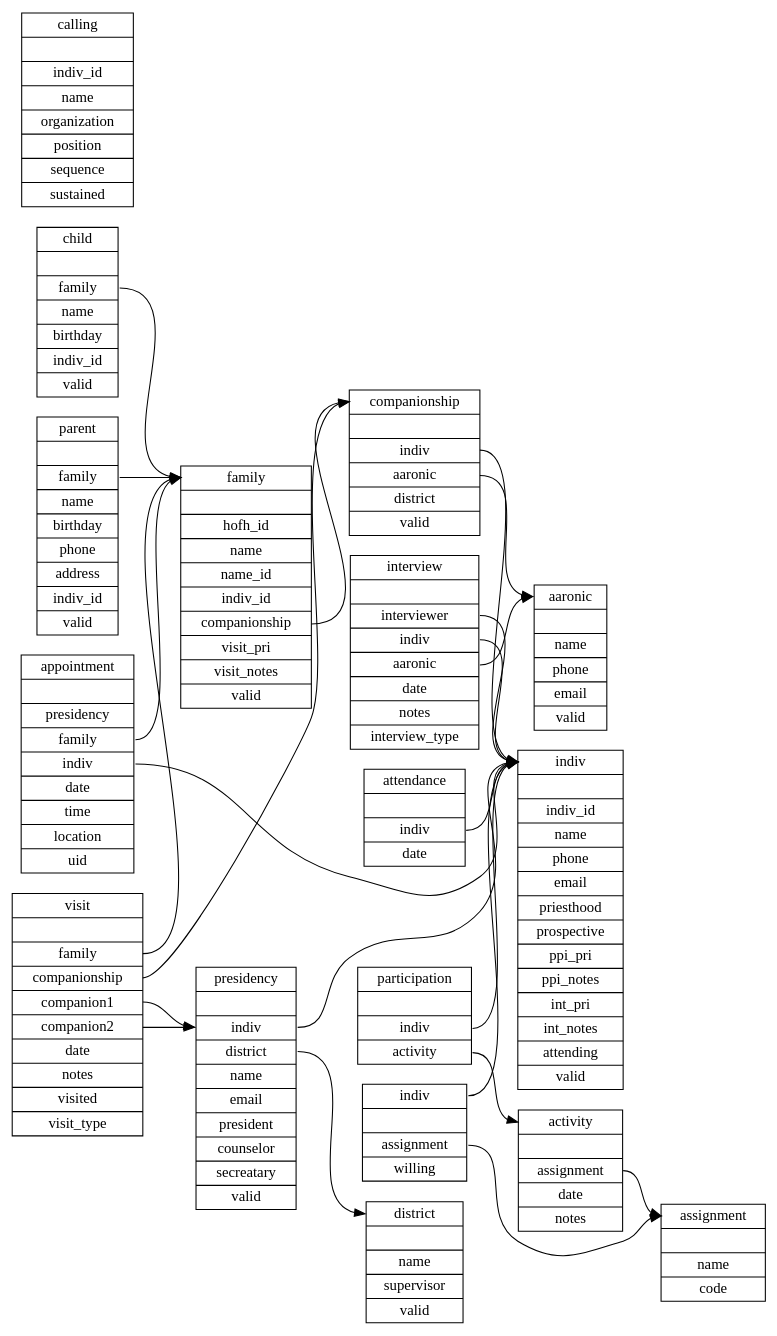
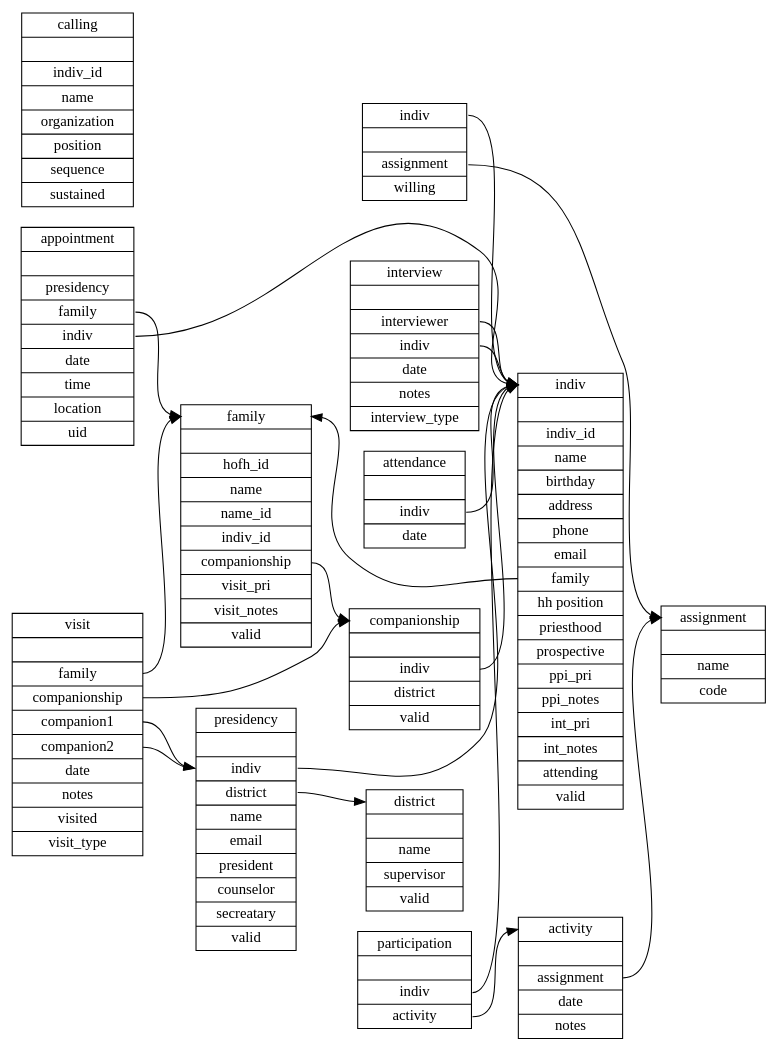
The diagram in sql/schema.dot (apippin/tc), drawn with Graphviz before and after one commit. The commit also changed 7 other files, not shown here.

Commit message:
removed tc_parent, tc_child, and tc_aaronic tables, moved required info into tc_indiv and linked tc_indiv to tc_family

```diff
--- a/sql/schema.dot
+++ b/sql/schema.dot
@@ -1,105 +1,90 @@
 digraph schema {
   graph [
     rankdir = "LR"
   ];
   family   [
     label = "<f> family||<i> hofh_id|<n> name|<ni> name_id|<i> indiv_id|<c> companionship|<vp> visit_pri|<vn> visit_notes|<v> valid"
     shape = "record"
   ];
   indiv   [
-    label = "<i> indiv||<id> indiv_id|<n> name|<p> phone|<em> email|<po> priesthood|<pr> prospective|<pp> ppi_pri|<t> ppi_notes|<ip> int_pri|<in> int_notes|<a> attending|<v> valid"
+    label = "<i> indiv||<id> indiv_id|<n> name|<b> birthday|<a> address|<p> phone|<em> email|<f> family|<hh> hh position|<po> priesthood|<pr> prospective|<pp> ppi_pri|<t> ppi_notes|<ip> int_pri|<in> int_notes|<a> attending|<v> valid"
     shape = "record"
   ];
   companionship   [
-    label = "<c> companionship||<i> indiv|<a> aaronic|<d> district|<v> valid"
+    label = "<c> companionship||<i> indiv|<d> district|<v> valid"
     shape = "record"
   ];
   visit   [
     label = "<v> visit||<f> family|<c> companionship|<c1> companion1|<c2> companion2|<t> date|<n> notes|<v> visited|<vt> visit_type"
     shape = "record"
   ];
   interview   [
-    label = "<in> interview||<i> interviewer|<il> indiv|<a> aaronic|<t> date|<n> notes|<it> interview_type"
+    label = "<in> interview||<i> interviewer|<il> indiv|<t> date|<n> notes|<it> interview_type"
     shape = "record"
   ];
   activity   [
     label = "<a> activity||<s> assignment|<t> date|<n> notes"
     shape = "record"
   ];
   participation   [
     label = "participation||<i> indiv|<a> activity"
     shape = "record"
   ];
   attendance   [
     label = "attendance||<i> indiv|<d> date"
-    shape = "record"
-  ];
-  child	[
-    label = "<c> child||<f> family|<n> name|<b> birthday|<i> indiv_id|<v> valid"
-    shape = "record"
-  ]; 
-  parent	[
-    label = "<p> parent||<f> family|<n> name|<b> birthday|<p> phone|<a> address|<i>indiv_id|<v> valid"
-    shape = "record"
-  ]; 
-  aaronic       [
-    label = "<a> aaronic||<n> name|<p> phone|<em> email|<v> valid"
     shape = "record"
   ];
   appointment   [
     label = "<a> appointment||<p> presidency|<f> family|<i> indiv |<d> date|<t> time|<l> location|<u> uid"
     shape = "record"
   ];
   assignment    [
     label = "<a> assignment||<n> name|<c> code"
     shape = "record"
   ];
   calling       [
     label = "calling||<i> indiv_id|<n> name|<o> organization|<p> position|<s> sequence|<t> sustained"
     shape = "record"
   ];
   district      [
     label = "<d> district||<n> name|<s> supervisor|<v> valid"
     shape = "record"
   ];
   presidency    [
     label = "<p> presidency||<i> indiv|<d> district|<n> name|<em> email|<pr> president|<cn> counselor|<sec> secreatary|<v> valid"
     shape = "record"
   ];
   willingness   [
     label = "<i> indiv||<a> assignment|<w> willing"
     shape = "record"
   ];
 
   family:c        -> companionship:c
   companionship:i -> indiv:i
-  companionship:a -> aaronic:a
 
   appointment:i   -> indiv:i
   appointment:f   -> family:f
 
   interview:il    -> indiv:i
   interview:i     -> indiv:i
-  interview:a     -> aaronic:a
 
   presidency:i    -> indiv:i
   presidency:d    -> district:d
 
   willingness:i   -> indiv:i
   willingness:a   -> assignment:a
 
   activity:s      -> assignment:a
 
   visit:c         -> companionship:c
   visit:f         -> family:f
   visit:c1        -> presidency:i
   visit:c2        -> presidency:i
 
   participation:i -> indiv:i
   participation:a -> activity:a
 
   attendance:i    -> indiv:i
 
-  child:f         -> family:f
-  parent:f        -> family:f
+  indiv:f        -> family:f
 }
```
